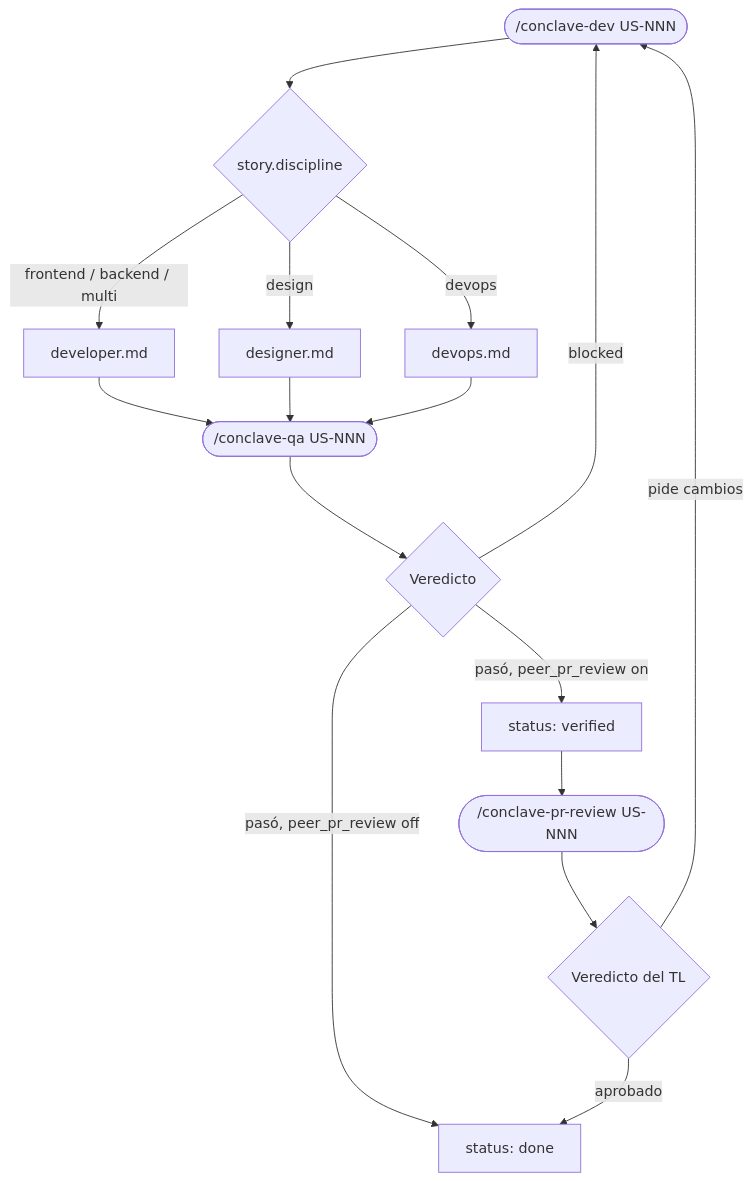
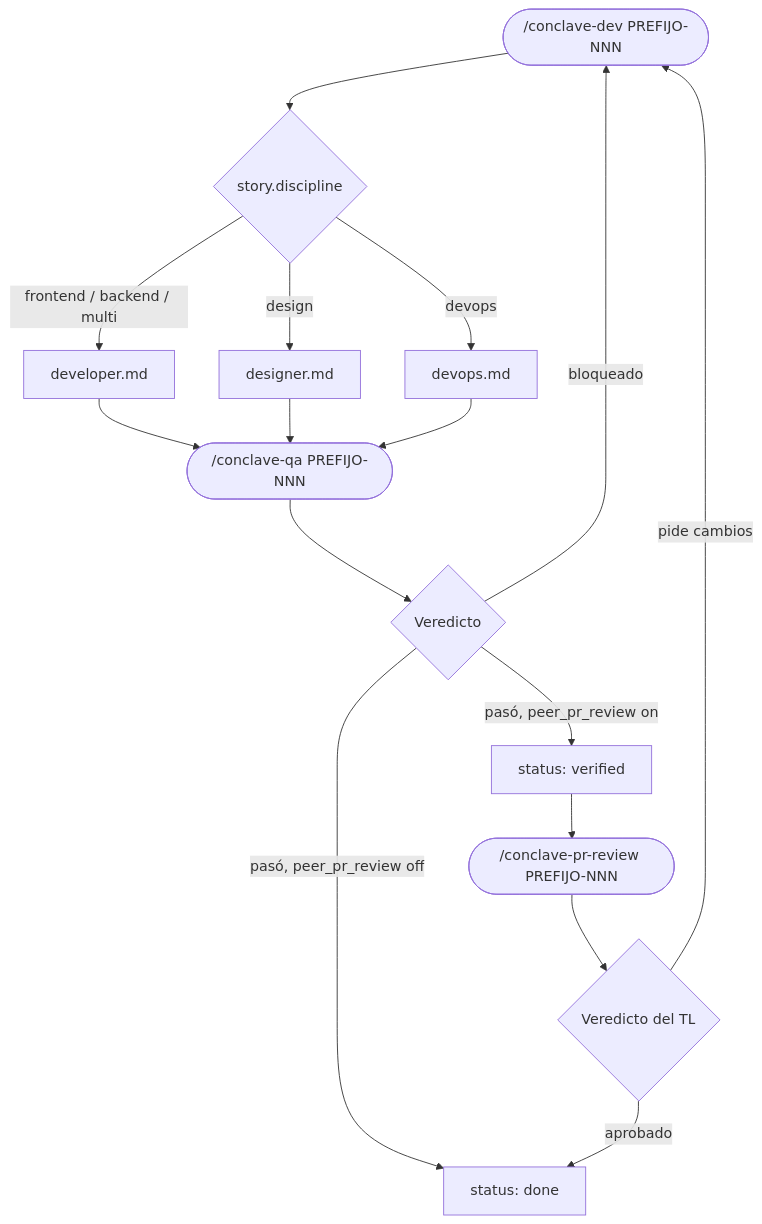
Before and after one commit to giolabs/conclave: the third of 3 diagrams in site/content/es/workflow.mdx, drawn with Mermaid. The commit also changed other lines of this file and 15 other files, not shown here.

````diff
--- a/site/content/es/workflow.mdx
+++ b/site/content/es/workflow.mdx
@@ -47,21 +52,21 @@
 ```mermaid
 flowchart TD
-    Dev(["/conclave-dev US-NNN"]) --> Route{"story.discipline"}
+    Dev(["/conclave-dev PREFIJO-NNN"]) --> Route{"story.discipline"}
     Route -->|frontend / backend / multi| Developer["developer.md"]
     Route -->|design| Designer["designer.md"]
     Route -->|devops| DevOps["devops.md"]
 
-    Developer --> QA(["/conclave-qa US-NNN"])
+    Developer --> QA(["/conclave-qa PREFIJO-NNN"])
     Designer --> QA
     DevOps --> QA
 
     QA --> Verdict{"Veredicto"}
-    Verdict -->|blocked| Dev
+    Verdict -->|bloqueado| Dev
     Verdict -->|"pasó, peer_pr_review off"| Done["status: done"]
     Verdict -->|"pasó, peer_pr_review on"| Verified["status: verified"]
 
-    Verified --> PRReview(["/conclave-pr-review US-NNN"])
+    Verified --> PRReview(["/conclave-pr-review PREFIJO-NNN"])
     PRReview --> TLVerdict{"Veredicto del TL"}
     TLVerdict -->|pide cambios| Dev
     TLVerdict -->|aprobado| Done
 ```
````
